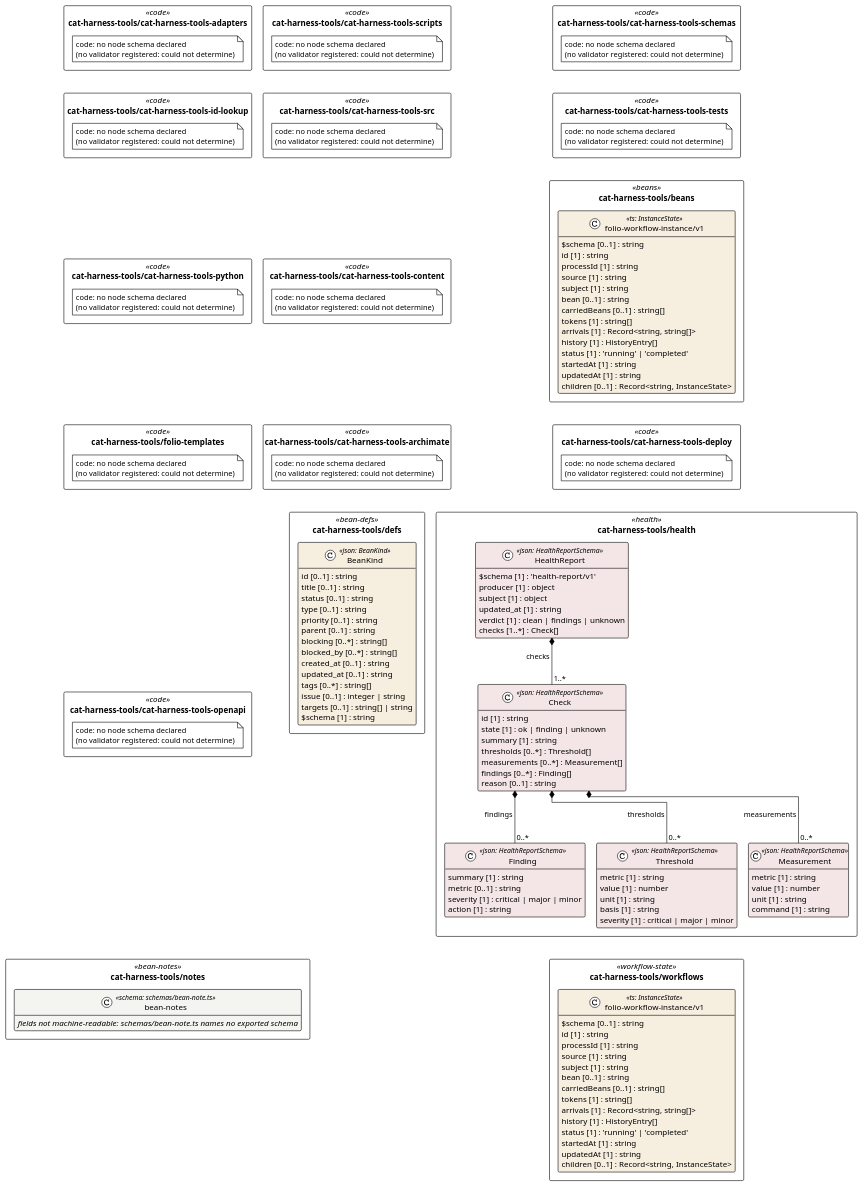
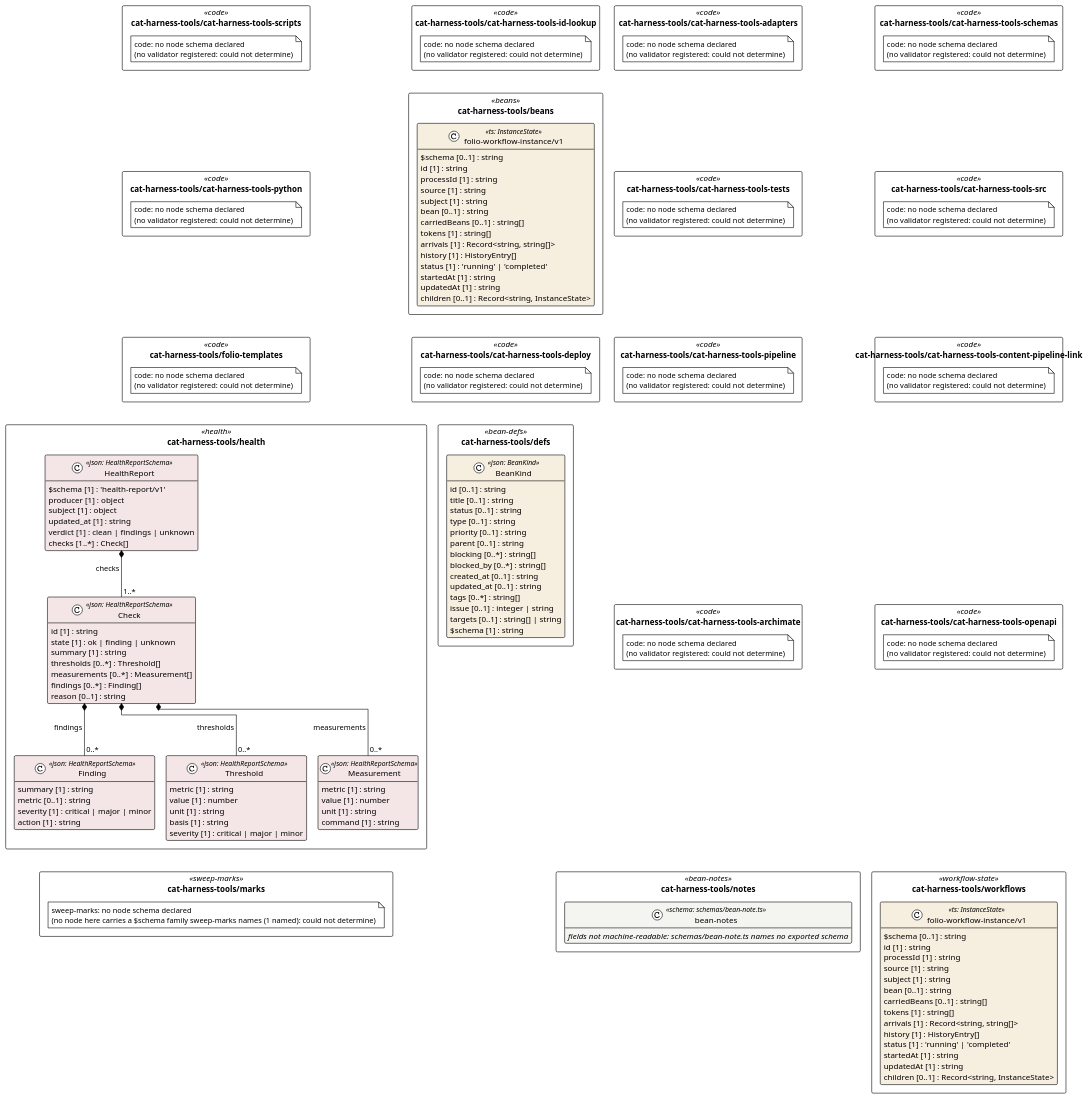
One commit to litlfred/cat-harness changed the diagram in uml/overview/cat-harness-tools.puml. Above: the diagram before and after it, drawn with PlantUML. The commit also changed 398 other files, not shown here.

```diff
--- a/uml/overview/cat-harness-tools.puml
+++ b/uml/overview/cat-harness-tools.puml
@@ -3,162 +3,169 @@
 @startuml cat_harness_tools
 !pragma layout elk
 !theme plain
 skinparam classAttributeIconSize 0
 skinparam shadowing false
 skinparam packageStyle rectangle
 hide empty methods
 
 package "cat-harness-tools/cat-harness-tools-adapters" as pkg_cat_harness_tools_cat_harness_tools_adapters <<code>> {
   note "code: no node schema declared\n(no validator registered: could not determine)" as n_cat_harness_tools_cat_harness_tools_adapters_code
 }
 package "cat-harness-tools/cat-harness-tools-schemas" as pkg_cat_harness_tools_cat_harness_tools_schemas <<code>> {
   note "code: no node schema declared\n(no validator registered: could not determine)" as n_cat_harness_tools_cat_harness_tools_schemas_code
 }
 package "cat-harness-tools/cat-harness-tools-scripts" as pkg_cat_harness_tools_cat_harness_tools_scripts <<code>> {
   note "code: no node schema declared\n(no validator registered: could not determine)" as n_cat_harness_tools_cat_harness_tools_scripts_code
 }
 package "cat-harness-tools/cat-harness-tools-id-lookup" as pkg_cat_harness_tools_cat_harness_tools_id_lookup <<code>> {
   note "code: no node schema declared\n(no validator registered: could not determine)" as n_cat_harness_tools_cat_harness_tools_id_lookup_code
 }
 package "cat-harness-tools/cat-harness-tools-tests" as pkg_cat_harness_tools_cat_harness_tools_tests <<code>> {
   note "code: no node schema declared\n(no validator registered: could not determine)" as n_cat_harness_tools_cat_harness_tools_tests_code
 }
 package "cat-harness-tools/cat-harness-tools-src" as pkg_cat_harness_tools_cat_harness_tools_src <<code>> {
   note "code: no node schema declared\n(no validator registered: could not determine)" as n_cat_harness_tools_cat_harness_tools_src_code
 }
 package "cat-harness-tools/cat-harness-tools-python" as pkg_cat_harness_tools_cat_harness_tools_python <<code>> {
   note "code: no node schema declared\n(no validator registered: could not determine)" as n_cat_harness_tools_cat_harness_tools_python_code
 }
 package "cat-harness-tools/beans" as pkg_cat_harness_tools_beans <<beans>> {
   class "folio-workflow-instance/v1" as cat_harness_tools_beans_folio_workflow_instance_v1 <<ts: InstanceState>> #f6eedf {
     $schema [0..1] : string
     id [1] : string
     processId [1] : string
     source [1] : string
     subject [1] : string
     bean [0..1] : string
     carriedBeans [0..1] : string[]
     tokens [1] : string[]
     arrivals [1] : Record<string, string[]>
     history [1] : HistoryEntry[]
     status [1] : 'running' | 'completed'
     startedAt [1] : string
     updatedAt [1] : string
     children [0..1] : Record<string, InstanceState>
   }
 }
-package "cat-harness-tools/cat-harness-tools-content" as pkg_cat_harness_tools_cat_harness_tools_content <<code>> {
-  note "code: no node schema declared\n(no validator registered: could not determine)" as n_cat_harness_tools_cat_harness_tools_content_code
+package "cat-harness-tools/cat-harness-tools-pipeline" as pkg_cat_harness_tools_cat_harness_tools_pipeline <<code>> {
+  note "code: no node schema declared\n(no validator registered: could not determine)" as n_cat_harness_tools_cat_harness_tools_pipeline_code
+}
+package "cat-harness-tools/cat-harness-tools-content-pipeline-link" as pkg_cat_harness_tools_cat_harness_tools_content_pipeline_link <<code>> {
+  note "code: no node schema declared\n(no validator registered: could not determine)" as n_cat_harness_tools_cat_harness_tools_content_pipeline_link_code
 }
 package "cat-harness-tools/folio-templates" as pkg_cat_harness_tools_folio_templates <<code>> {
   note "code: no node schema declared\n(no validator registered: could not determine)" as n_cat_harness_tools_folio_templates_code
 }
 package "cat-harness-tools/cat-harness-tools-deploy" as pkg_cat_harness_tools_cat_harness_tools_deploy <<code>> {
   note "code: no node schema declared\n(no validator registered: could not determine)" as n_cat_harness_tools_cat_harness_tools_deploy_code
 }
 package "cat-harness-tools/cat-harness-tools-archimate" as pkg_cat_harness_tools_cat_harness_tools_archimate <<code>> {
   note "code: no node schema declared\n(no validator registered: could not determine)" as n_cat_harness_tools_cat_harness_tools_archimate_code
 }
 package "cat-harness-tools/cat-harness-tools-openapi" as pkg_cat_harness_tools_cat_harness_tools_openapi <<code>> {
   note "code: no node schema declared\n(no validator registered: could not determine)" as n_cat_harness_tools_cat_harness_tools_openapi_code
 }
 package "cat-harness-tools/health" as pkg_cat_harness_tools_health <<health>> {
   class "Threshold" as cat_harness_tools_health_Threshold <<json: HealthReportSchema>> #f4e6e6 {
     metric [1] : string
     value [1] : number
     unit [1] : string
     basis [1] : string
     severity [1] : critical | major | minor
   }
   class "Measurement" as cat_harness_tools_health_Measurement <<json: HealthReportSchema>> #f4e6e6 {
     metric [1] : string
     value [1] : number
     unit [1] : string
     command [1] : string
   }
   class "Finding" as cat_harness_tools_health_Finding <<json: HealthReportSchema>> #f4e6e6 {
     summary [1] : string
     metric [0..1] : string
     severity [1] : critical | major | minor
     action [1] : string
   }
   class "Check" as cat_harness_tools_health_Check <<json: HealthReportSchema>> #f4e6e6 {
     id [1] : string
     state [1] : ok | finding | unknown
     summary [1] : string
     thresholds [0..*] : Threshold[]
     measurements [0..*] : Measurement[]
     findings [0..*] : Finding[]
     reason [0..1] : string
   }
   class "HealthReport" as cat_harness_tools_health_HealthReport <<json: HealthReportSchema>> #f4e6e6 {
     $schema [1] : 'health-report/v1'
     producer [1] : object
     subject [1] : object
     updated_at [1] : string
     verdict [1] : clean | findings | unknown
     checks [1..*] : Check[]
   }
 }
 package "cat-harness-tools/defs" as pkg_cat_harness_tools_defs <<bean-defs>> {
   class "BeanKind" as cat_harness_tools_defs_BeanKind <<json: BeanKind>> #f6eedf {
     id [0..1] : string
     title [0..1] : string
     status [0..1] : string
     type [0..1] : string
     priority [0..1] : string
     parent [0..1] : string
     blocking [0..*] : string[]
     blocked_by [0..*] : string[]
     created_at [0..1] : string
     updated_at [0..1] : string
     tags [0..*] : string[]
     issue [0..1] : integer | string
     targets [0..1] : string[] | string
     $schema [1] : string
   }
 }
 package "cat-harness-tools/notes" as pkg_cat_harness_tools_notes <<bean-notes>> {
   class "bean-notes" as cat_harness_tools_notes_bean_notes_shape <<schema: schemas/bean-note.ts>> #f4f4f1 {
     //fields not machine-readable: schemas/bean-note.ts names no exported schema//
   }
 }
 package "cat-harness-tools/workflows" as pkg_cat_harness_tools_workflows <<workflow-state>> {
   class "folio-workflow-instance/v1" as cat_harness_tools_workflows_folio_workflow_instance_v1 <<ts: InstanceState>> #f6eedf {
     $schema [0..1] : string
     id [1] : string
     processId [1] : string
     source [1] : string
     subject [1] : string
     bean [0..1] : string
     carriedBeans [0..1] : string[]
     tokens [1] : string[]
     arrivals [1] : Record<string, string[]>
     history [1] : HistoryEntry[]
     status [1] : 'running' | 'completed'
     startedAt [1] : string
     updatedAt [1] : string
     children [0..1] : Record<string, InstanceState>
   }
 }
+package "cat-harness-tools/marks" as pkg_cat_harness_tools_marks <<sweep-marks>> {
+  note "sweep-marks: no node schema declared\n(no node here carries a $schema family sweep-marks names (1 named): could not determine)" as n_cat_harness_tools_marks_sweep_marks
+}
 
 cat_harness_tools_health_Check *-- "0..*" cat_harness_tools_health_Threshold : thresholds
 cat_harness_tools_health_Check *-- "0..*" cat_harness_tools_health_Measurement : measurements
 cat_harness_tools_health_Check *-- "0..*" cat_harness_tools_health_Finding : findings
 cat_harness_tools_health_HealthReport *-- "1..*" cat_harness_tools_health_Check : checks
-' grid: portrait, 3 column(s) — pkg_cat_harness_tools_cat_harness_tools_adapters pkg_cat_harness_tools_cat_harness_tools_schemas pkg_cat_harness_tools_cat_harness_tools_scripts pkg_cat_harness_tools_cat_harness_tools_id_lookup pkg_cat_harness_tools_cat_harness_tools_tests pkg_cat_harness_tools_cat_harness_tools_src pkg_cat_harness_tools_cat_harness_tools_python pkg_cat_harness_tools_beans pkg_cat_harness_tools_cat_harness_tools_content pkg_cat_harness_tools_folio_templates pkg_cat_harness_tools_cat_harness_tools_deploy pkg_cat_harness_tools_cat_harness_tools_archimate pkg_cat_harness_tools_cat_harness_tools_openapi pkg_cat_harness_tools_health pkg_cat_harness_tools_defs pkg_cat_harness_tools_notes pkg_cat_harness_tools_workflows
-pkg_cat_harness_tools_cat_harness_tools_adapters -[hidden]down- pkg_cat_harness_tools_cat_harness_tools_id_lookup
-pkg_cat_harness_tools_cat_harness_tools_schemas -[hidden]down- pkg_cat_harness_tools_cat_harness_tools_tests
-pkg_cat_harness_tools_cat_harness_tools_scripts -[hidden]down- pkg_cat_harness_tools_cat_harness_tools_src
-pkg_cat_harness_tools_cat_harness_tools_id_lookup -[hidden]down- pkg_cat_harness_tools_cat_harness_tools_python
-pkg_cat_harness_tools_cat_harness_tools_tests -[hidden]down- pkg_cat_harness_tools_beans
-pkg_cat_harness_tools_cat_harness_tools_src -[hidden]down- pkg_cat_harness_tools_cat_harness_tools_content
+' grid: portrait, 4 column(s) — pkg_cat_harness_tools_cat_harness_tools_adapters pkg_cat_harness_tools_cat_harness_tools_schemas pkg_cat_harness_tools_cat_harness_tools_scripts pkg_cat_harness_tools_cat_harness_tools_id_lookup pkg_cat_harness_tools_cat_harness_tools_tests pkg_cat_harness_tools_cat_harness_tools_src pkg_cat_harness_tools_cat_harness_tools_python pkg_cat_harness_tools_beans pkg_cat_harness_tools_cat_harness_tools_pipeline pkg_cat_harness_tools_cat_harness_tools_content_pipeline_link pkg_cat_harness_tools_folio_templates pkg_cat_harness_tools_cat_harness_tools_deploy pkg_cat_harness_tools_cat_harness_tools_archimate pkg_cat_harness_tools_cat_harness_tools_openapi pkg_cat_harness_tools_health pkg_cat_harness_tools_defs pkg_cat_harness_tools_notes pkg_cat_harness_tools_workflows pkg_cat_harness_tools_marks
+pkg_cat_harness_tools_cat_harness_tools_adapters -[hidden]down- pkg_cat_harness_tools_cat_harness_tools_tests
+pkg_cat_harness_tools_cat_harness_tools_schemas -[hidden]down- pkg_cat_harness_tools_cat_harness_tools_src
+pkg_cat_harness_tools_cat_harness_tools_scripts -[hidden]down- pkg_cat_harness_tools_cat_harness_tools_python
+pkg_cat_harness_tools_cat_harness_tools_id_lookup -[hidden]down- pkg_cat_harness_tools_beans
+pkg_cat_harness_tools_cat_harness_tools_tests -[hidden]down- pkg_cat_harness_tools_cat_harness_tools_pipeline
+pkg_cat_harness_tools_cat_harness_tools_src -[hidden]down- pkg_cat_harness_tools_cat_harness_tools_content_pipeline_link
 pkg_cat_harness_tools_cat_harness_tools_python -[hidden]down- pkg_cat_harness_tools_folio_templates
 pkg_cat_harness_tools_beans -[hidden]down- pkg_cat_harness_tools_cat_harness_tools_deploy
-pkg_cat_harness_tools_cat_harness_tools_content -[hidden]down- pkg_cat_harness_tools_cat_harness_tools_archimate
-pkg_cat_harness_tools_folio_templates -[hidden]down- pkg_cat_harness_tools_cat_harness_tools_openapi
-pkg_cat_harness_tools_cat_harness_tools_deploy -[hidden]down- pkg_cat_harness_tools_health
-pkg_cat_harness_tools_cat_harness_tools_archimate -[hidden]down- pkg_cat_harness_tools_defs
-pkg_cat_harness_tools_cat_harness_tools_openapi -[hidden]down- pkg_cat_harness_tools_notes
-pkg_cat_harness_tools_health -[hidden]down- pkg_cat_harness_tools_workflows
+pkg_cat_harness_tools_cat_harness_tools_pipeline -[hidden]down- pkg_cat_harness_tools_cat_harness_tools_archimate
+pkg_cat_harness_tools_cat_harness_tools_content_pipeline_link -[hidden]down- pkg_cat_harness_tools_cat_harness_tools_openapi
+pkg_cat_harness_tools_folio_templates -[hidden]down- pkg_cat_harness_tools_health
+pkg_cat_harness_tools_cat_harness_tools_deploy -[hidden]down- pkg_cat_harness_tools_defs
+pkg_cat_harness_tools_cat_harness_tools_archimate -[hidden]down- pkg_cat_harness_tools_notes
+pkg_cat_harness_tools_cat_harness_tools_openapi -[hidden]down- pkg_cat_harness_tools_workflows
+pkg_cat_harness_tools_health -[hidden]down- pkg_cat_harness_tools_marks
 @enduml
```
